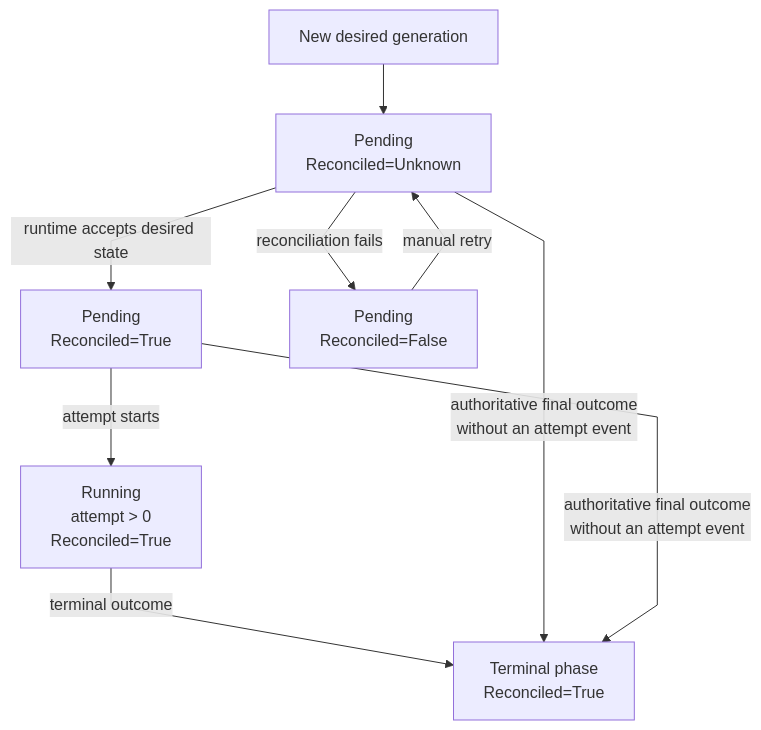
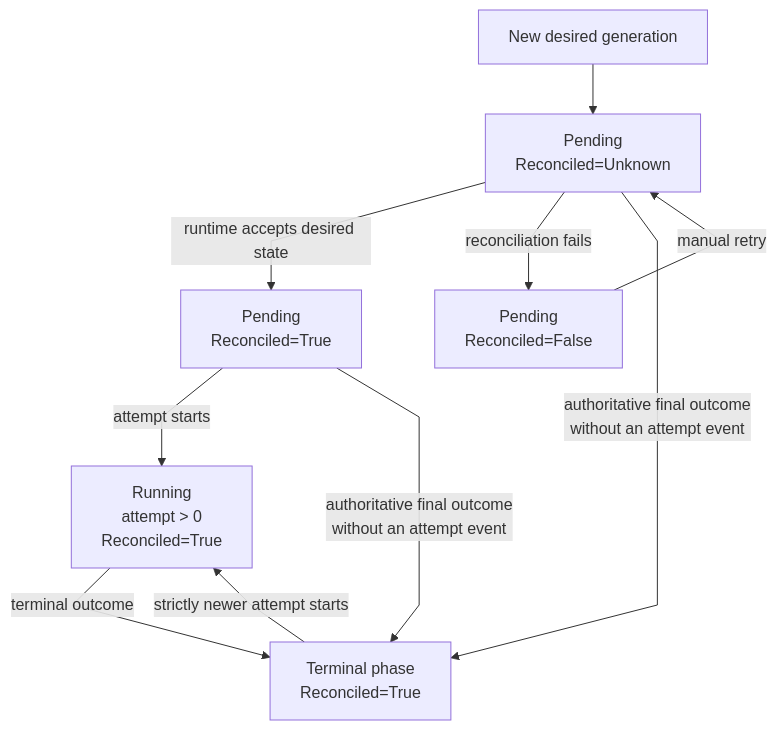
The fourth of 9 diagrams in crates/solti-model/ARCHITECTURE.md (soltiHQ/sdk), drawn with Mermaid before and after one commit. The commit also changed other lines of this file and 11 other files, not shown here.

````diff
--- a/crates/solti-model/ARCHITECTURE.md
+++ b/crates/solti-model/ARCHITECTURE.md
@@ -142,19 +142,20 @@
 ```mermaid
 %%{init: {"flowchart": {"curve": "linear"}}}%%
 flowchart TB
     Desired["New desired generation"]
     Scheduled["Pending<br/>Reconciled=Unknown"]
     Accepted["Pending<br/>Reconciled=True"]
     FailedReconcile["Pending<br/>Reconciled=False"]
     Running["Running<br/>attempt > 0<br/>Reconciled=True"]
     Terminal["Terminal phase<br/>Reconciled=True"]
 
     Desired --> Scheduled
     Scheduled -->|runtime accepts desired state| Accepted
     Scheduled -->|reconciliation fails| FailedReconcile
     FailedReconcile -->|manual retry| Scheduled
     Accepted -->|attempt starts| Running
     Running -->|terminal outcome| Terminal
+    Terminal -->|strictly newer attempt starts| Running
     Scheduled -->|authoritative final outcome<br/>without an attempt event| Terminal
     Accepted -->|authoritative final outcome<br/>without an attempt event| Terminal
 ```
````
